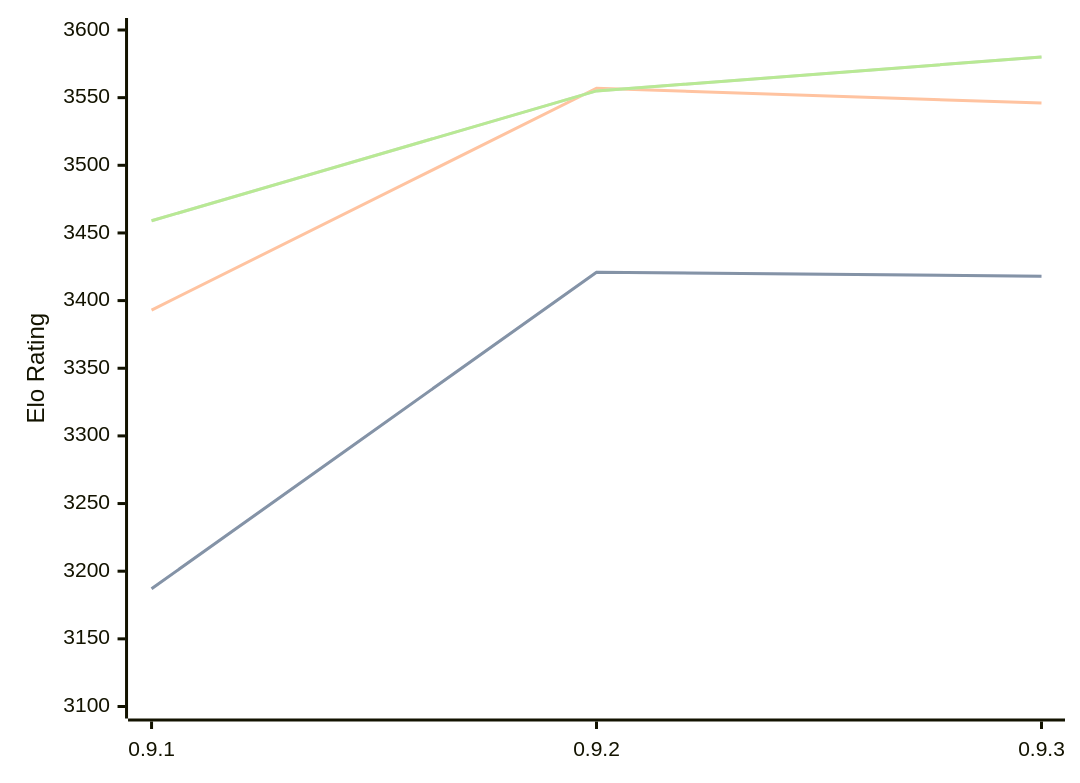
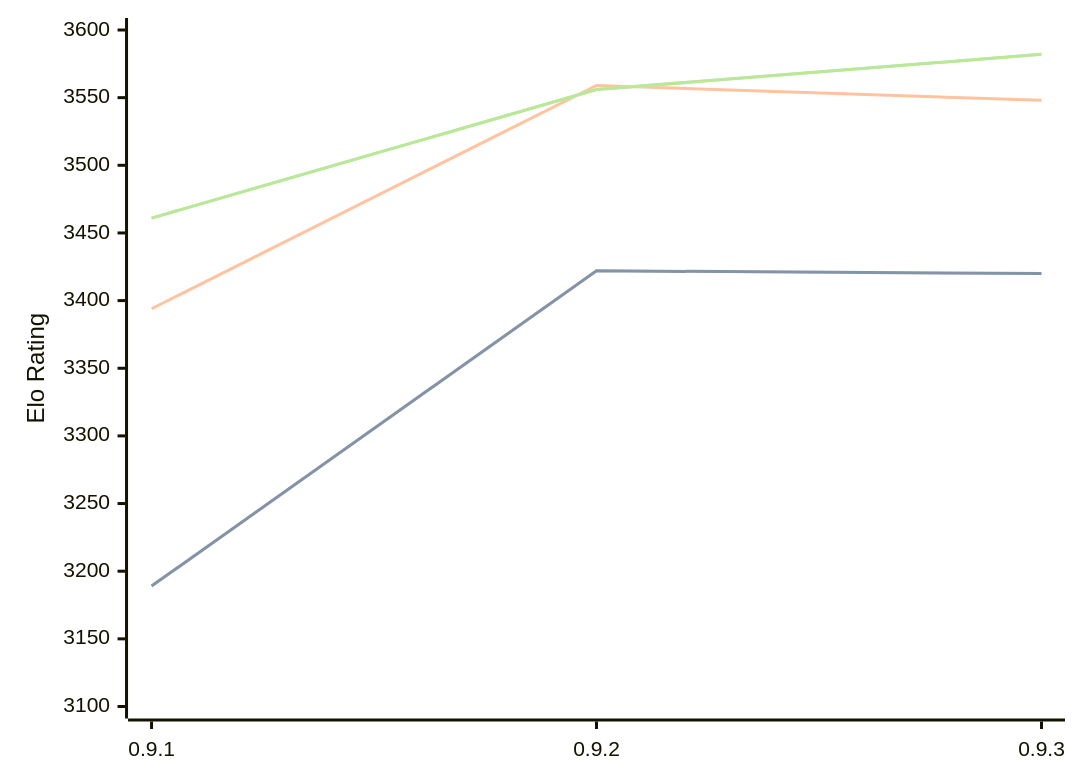
Before and after one commit to computer-chess-index/cci: the diagram in engines/Coda.md, drawn with Mermaid. The commit also changed other lines of this file, not shown here.

Commit message:
Update CCI Ratings (ELO VLTC) - 2026-08-15

````diff
--- a/engines/Coda.md
+++ b/engines/Coda.md
@@ -33,11 +33,11 @@
 ```mermaid
 %%{init: {"theme":"base","themeVariables":{"seriesColors:['#a3a3a3','#222221','#faa371']}}}%%
 xychart-beta
   x-axis ["0.9.1", "0.9.2", "0.9.3"]
   y-axis "Elo Rating" 3100 --> 3600
-  line "STC (8.0+0.08s)" [3187, 3421, 3418]
-  line "STC (8.0+0.08s)" [3187, 3421, 3418]
-  line "LTC (60.0+0.60s)" [3393, 3557, 3546]
-  line "VLTC (2m24s+1.12s)" [3459, 3555, 3580]
-  line "VLTC (2m24s+1.12s)" [3459, 3555, 3580]
+  line "STC (8.0+0.08s)" [3189, 3422, 3420]
+  line "STC (8.0+0.08s)" [3189, 3422, 3420]
+  line "LTC (60.0+0.60s)" [3394, 3559, 3548]
+  line "VLTC (2m24s+1.12s)" [3461, 3556, 3582]
+  line "VLTC (2m24s+1.12s)" [3461, 3556, 3582]
 ```
````
